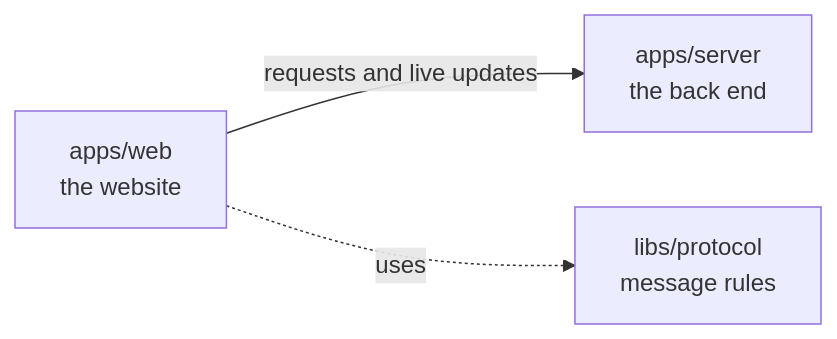
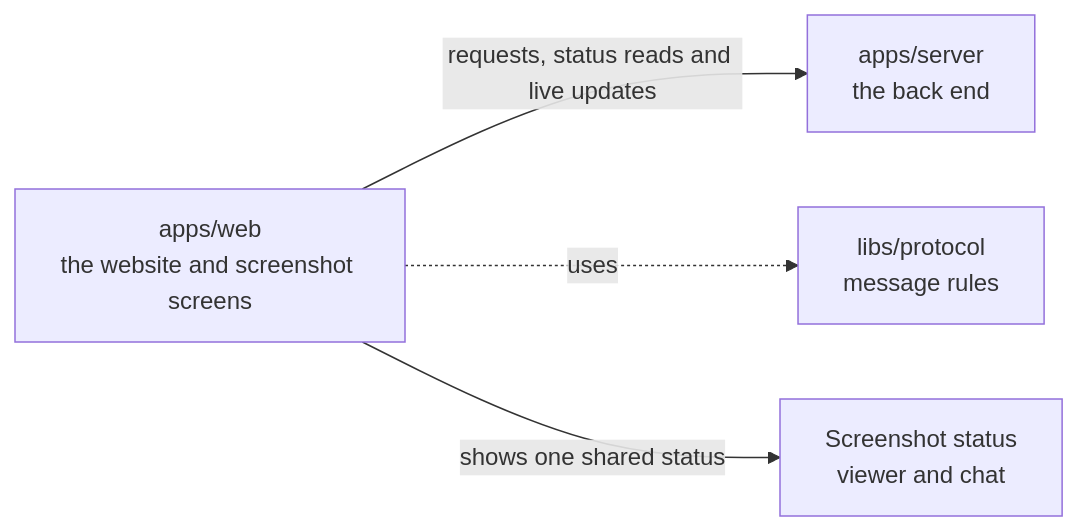
The diagram in apps/web/README.md (elewa-git/opencrane-new), drawn with Mermaid before and after one commit. The commit also changed other lines of this file and 119 other files, not shown here.

First line of the commit message:
📸 Screenshots show honest saving, checking and failure states in the viewer and the chat (#199)

````diff
--- a/apps/web/README.md
+++ b/apps/web/README.md
@@ -11,5 +11,6 @@
 ```mermaid
 flowchart LR
-  web["apps/web<br/>the website"] -->|requests and live updates| server["apps/server<br/>the back end"]
+  web["apps/web<br/>the website and screenshot screens"] -->|requests, status reads and live updates| server["apps/server<br/>the back end"]
   web -.->|uses| protocol["libs/protocol<br/>message rules"]
+  web -->|shows one shared status| capture["Screenshot status<br/>viewer and chat"]
 ```
````
